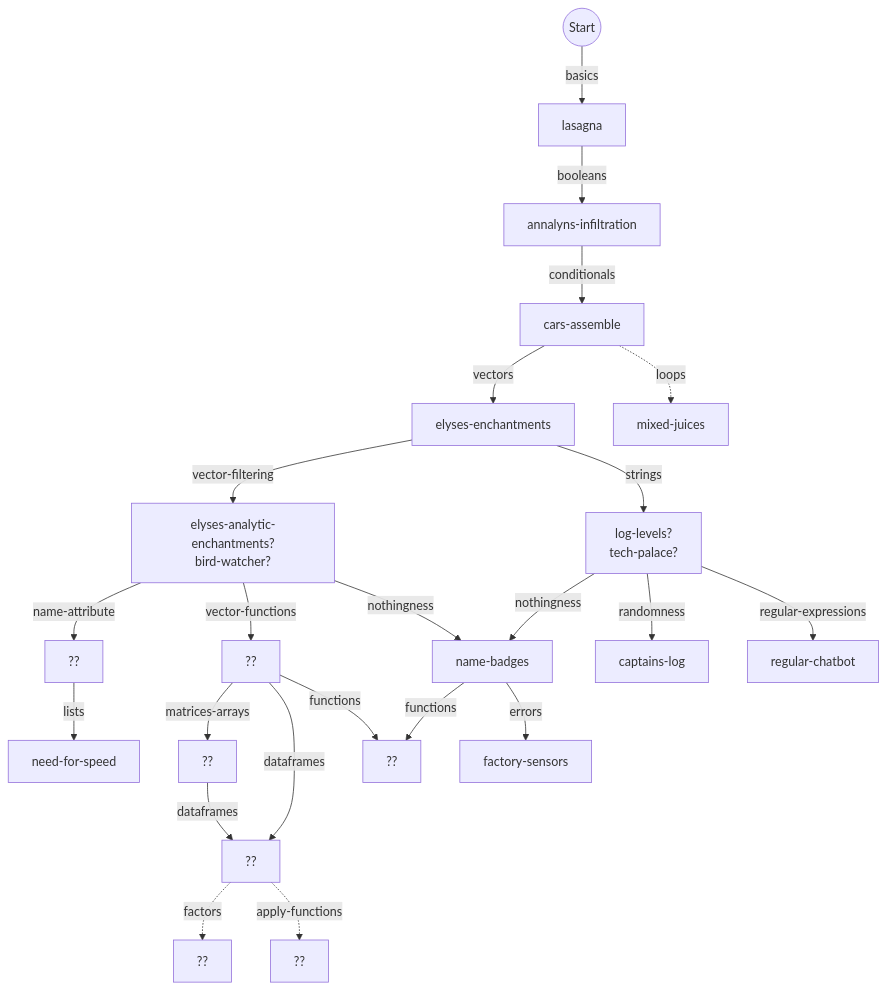
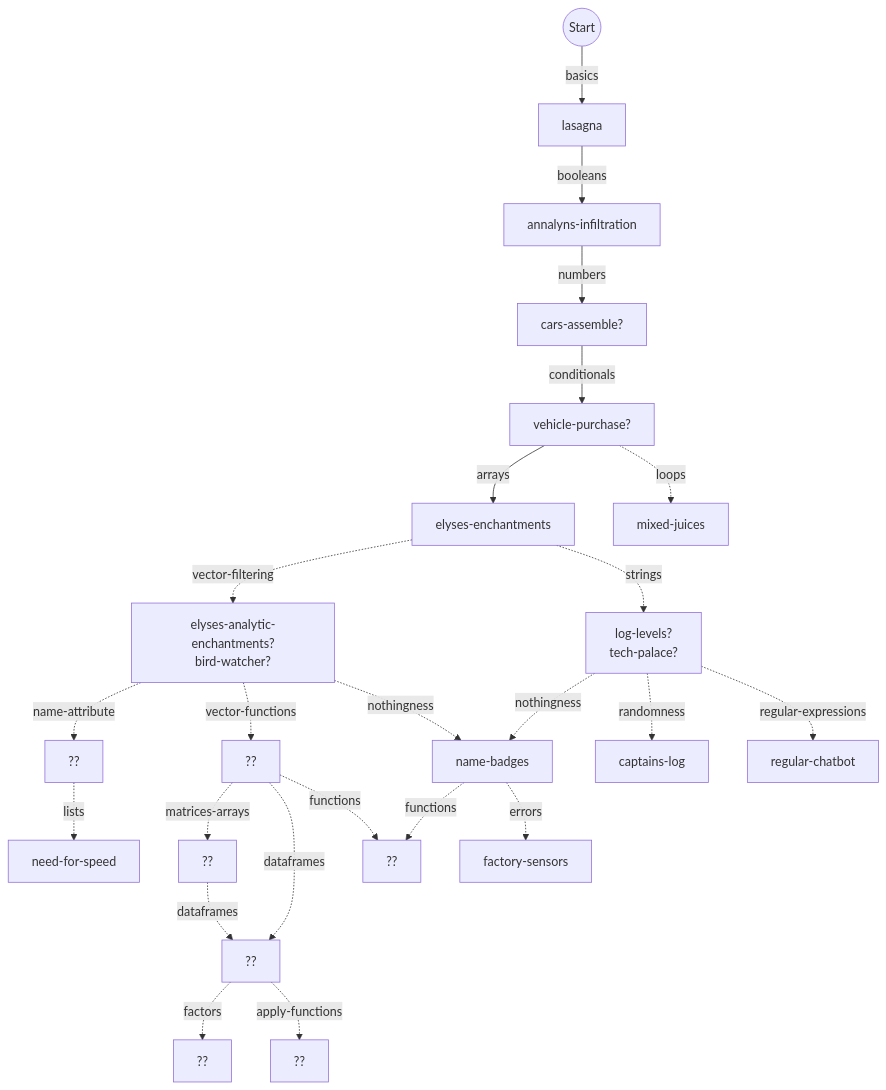
Before and after one commit to colinleach/learning-track-doodles: the diagram in julia/flowchart.md, drawn with Mermaid.

Commit message:
more flowchart

````diff
--- a/julia/flowchart.md
+++ b/julia/flowchart.md
@@ -11,64 +11,67 @@
 ```mermaid
 graph TD
     
 start(("Start")) --basics--> basics["lasagna"]
 %% style basics fill:#0f0
 
 basics --booleans--> booleans["annalyns-infiltration"]
 %% style booleans fill:#0f0
 
-booleans --conditionals--> conditionals["cars-assemble"]
+booleans --numbers--> numbers["cars-assemble?"]
+%% style numbers fill:#0f0
+
+numbers --conditionals--> conditionals["vehicle-purchase?"]
 %% style conditionals fill:#0f0
 
-conditionals --vectors--> vectors["elyses-enchantments"]
-%% style vectors stroke:#0f0
+conditionals --arrays--> arrays["elyses-enchantments"]
+%% style arrays stroke:#0f0
 
 conditionals -.loops.-> loops["mixed-juices"]
 %% style loops stroke:#0f0
 
-name-attribute --lists--> lists["need-for-speed"]
+name-attribute -.lists.-> lists["need-for-speed"]
 
-vectors --vector-filtering--> vector-filtering["elyses-analytic-enchantments?<br/>bird-watcher?"]
+arrays -.vector-filtering.-> vector-filtering["elyses-analytic-enchantments?<br/>bird-watcher?"]
 %% style vector-filtering stroke:#0f0
 
-vector-filtering --name-attribute--> name-attribute["??"]
+vector-filtering -.name-attribute.-> name-attribute["??"]
 %% style name-attribute fill:#f00,color:#fff
 
-vector-filtering --vector-functions--> vector-functions["??"]
+vector-filtering -.vector-functions.-> vector-functions["??"]
 %% style vector-functions stroke:#f00
 
-vector-filtering --nothingness--> nothingness["name-badges"]
+vector-filtering -.nothingness.-> nothingness["name-badges"]
 %% style vector-filtering stroke:#0f0
 
-vectors --strings--> strings["log-levels?<br/>tech-palace?"]
+arrays -.strings.-> strings["log-levels?<br/>tech-palace?"]
 %% style strings stroke:#0f0
 
-strings --nothingness--> nothingness["name-badges"]
+strings -.nothingness.-> nothingness["name-badges"]
 %% style nothingness stroke:#0f0
 
-strings --randomness--> randomness["captains-log"]
+strings -.randomness.-> randomness["captains-log"]
 %% style randomness stroke:#0f0
 
-strings --regular-expressions--> regular-expressions["regular-chatbot"]
+strings -.regular-expressions.-> regular-expressions["regular-chatbot"]
 
-vector-functions --matrices-arrays--> matrices-arrays["??"]
+vector-functions -.matrices-arrays.-> matrices-arrays["??"]
 %% style matrices-arrays fill:#f00,color:#fff
 
 %% style apply-functions fill:#f00,color:#fff
 
-vector-functions --dataframes--> dataframes["??"]
+vector-functions -.dataframes.-> dataframes["??"]
 %% style dataframes fill:#f00,color:#fff
 
-matrices-arrays --dataframes--> dataframes
+matrices-arrays -.dataframes.-> dataframes
 dataframes -.factors.-> factors["??"]
 %% style factors fill:#f00,color:#fff
 
 dataframes -.apply-functions.-> apply-functions["??"]
 
-vector-functions --functions--> functions["??"]
-nothingness --functions--> functions["??"]
+vector-functions -.functions.-> functions["??"]
+nothingness -.functions.-> functions["??"]
 %% style functions fill:#f00,color:#fff
 
-nothingness --errors--> errors["factory-sensors "]
+nothingness -.errors.-> errors["factory-sensors "]
 
 ```
````
